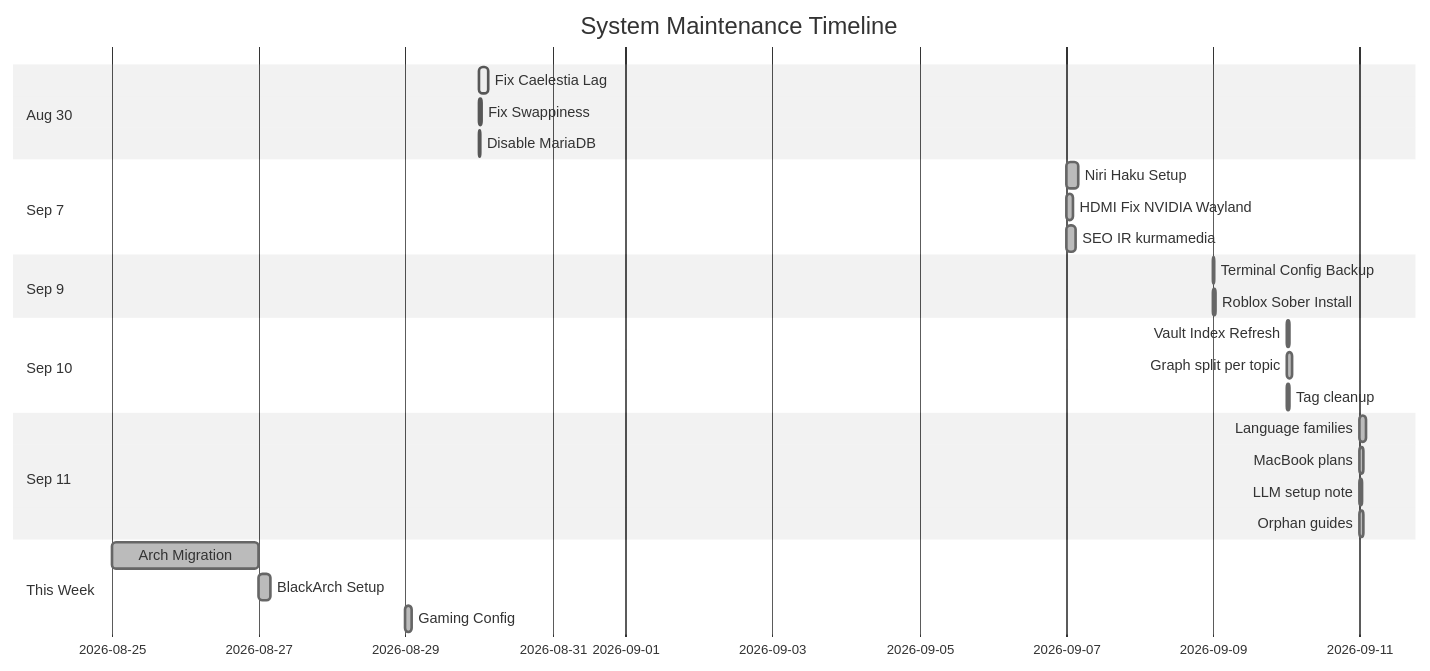
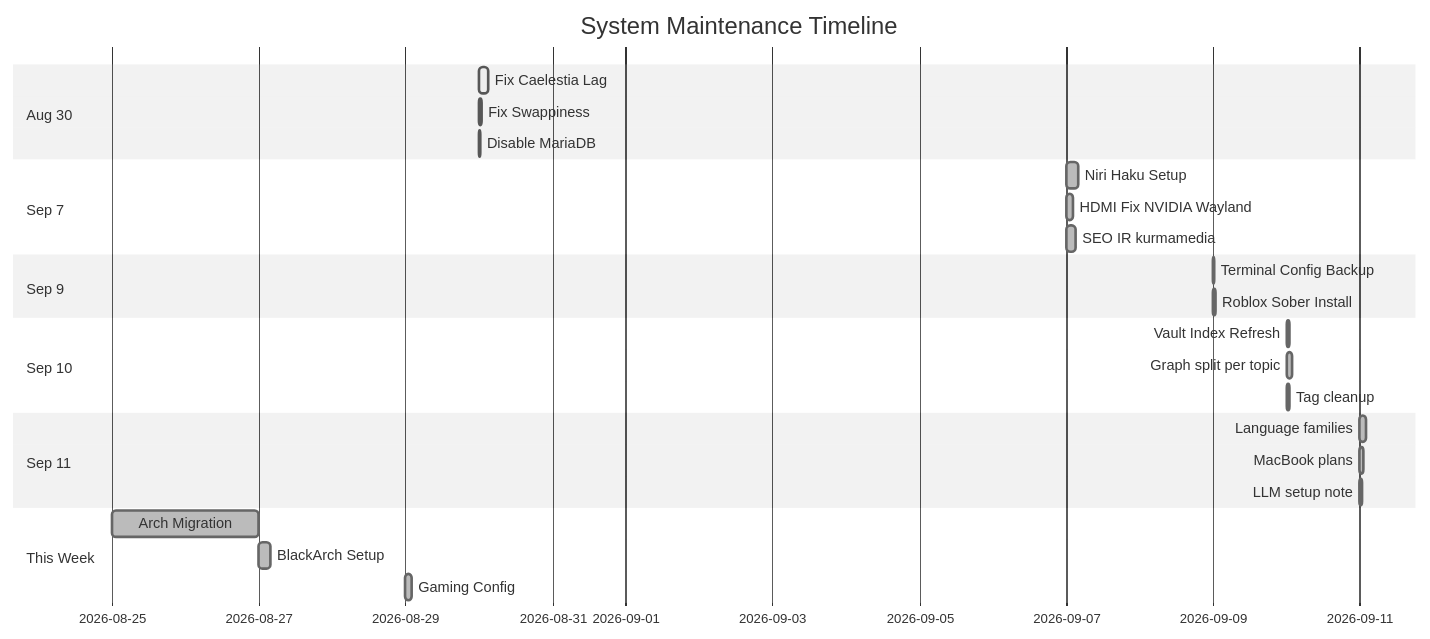
One commit to 444Nazky/My-Vault changed the fourth of 9 diagrams in Map of Content.md. Above: the diagram before and after it, drawn with Mermaid (neutral theme). The commit also changed other lines of this file, not shown here.

````diff
--- a/Map of Content.md
+++ b/Map of Content.md
@@ -109,35 +109,34 @@
 ```mermaid
 gantt
     dateFormat  YYYY-MM-DD
     title System Maintenance Timeline
     
     section Aug 30
     Fix Caelestia Lag      :active, 2026-08-30, 3h
     Fix Swappiness        :active, 2026-08-30, 1h
     Disable MariaDB       :active, 2026-08-30, 30m
     
     section Sep 7
     Niri Haku Setup        :done, 2026-09-07, 4h
     HDMI Fix NVIDIA Wayland :done, 2026-09-07, 2h
     SEO IR kurmamedia       :done, 2026-09-07, 3h
     
     section Sep 9
     Terminal Config Backup :done, 2026-09-09, 30m
     Roblox Sober Install    :done, 2026-09-09, 1h
 
     section Sep 10
     Vault Index Refresh     :done, 2026-09-10, 1h
     Graph split per topic   :done, 2026-09-10, 2h
     Tag cleanup             :done, 2026-09-10, 1h
 
     section Sep 11
     Language families       :done, 2026-09-11, 2h
     MacBook plans           :done, 2026-09-11, 1h
-    LLM setup note          :done, 2026-09-11, 30m
-    Orphan guides           :done, 2026-09-11, 1h
+LLM setup note          :done, 2026-09-11, 30m
     
     section This Week
     Arch Migration      :done, 2026-08-25, 2d
     BlackArch Setup     :done, 2026-08-27, 4h
     Gaming Config       :done, 2026-08-29, 2h
 ```
````
